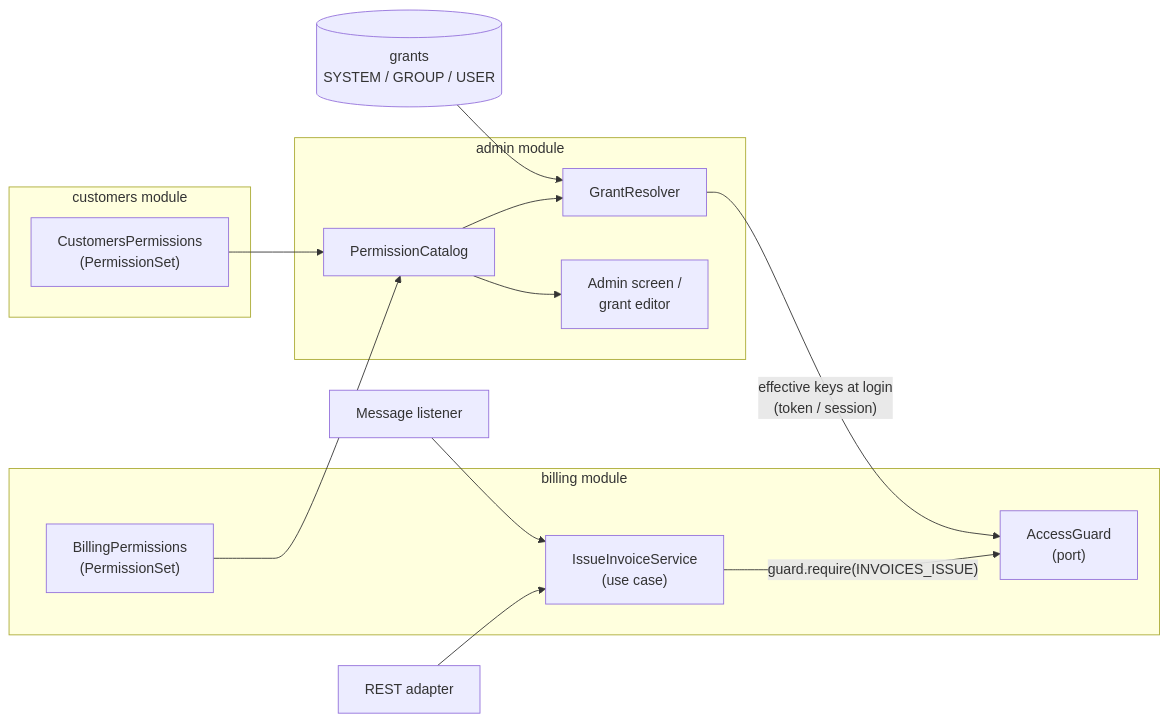
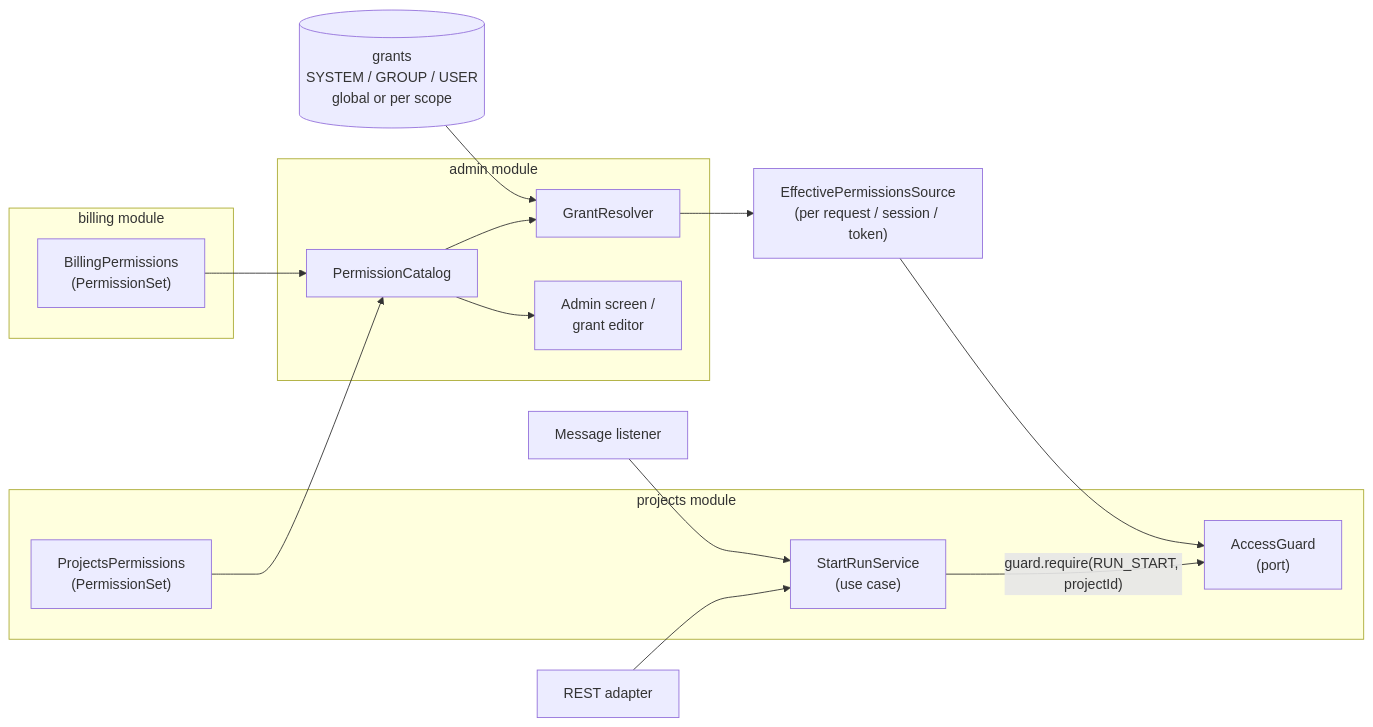
The diagram in README.md (Osucha/port-permissions), drawn with Mermaid before and after one commit. The commit also changed other lines of this file and 56 other files, not shown here.

First line of the commit message:
Release 0.2.0: scoped permissions, effective permissions port, system operations

````diff
--- a/README.md
+++ b/README.md
@@ -21,25 +23,27 @@
 ```mermaid
 flowchart LR
+    subgraph projects["projects module"]
+        PP["ProjectsPermissions<br/>(PermissionSet)"]
+        UC["StartRunService<br/>(use case)"]
+        UC -- "guard.require(RUN_START, projectId)" --> G
+    end
     subgraph billing["billing module"]
         BP["BillingPermissions<br/>(PermissionSet)"]
-        UC["IssueInvoiceService<br/>(use case)"]
-        UC -- "guard.require(INVOICES_ISSUE)" --> G
-    end
-    subgraph customers["customers module"]
-        CP["CustomersPermissions<br/>(PermissionSet)"]
     end
     subgraph admin["admin module"]
         CAT["PermissionCatalog"]
         RES["GrantResolver"]
         UI["Admin screen /<br/>grant editor"]
     end
     G["AccessGuard<br/>(port)"]
+    SRC["EffectivePermissionsSource<br/>(per request / session / token)"]
     REST["REST adapter"] --> UC
     MQ["Message listener"] --> UC
+    PP --> CAT
     BP --> CAT
-    CP --> CAT
     CAT --> UI
     CAT --> RES
-    DB[("grants<br/>SYSTEM / GROUP / USER")] --> RES
-    RES -- "effective keys at login<br/>(token / session)" --> G
+    DB[("grants<br/>SYSTEM / GROUP / USER<br/>global or per scope")] --> RES
+    RES --> SRC
+    SRC --> G
 ```
````
